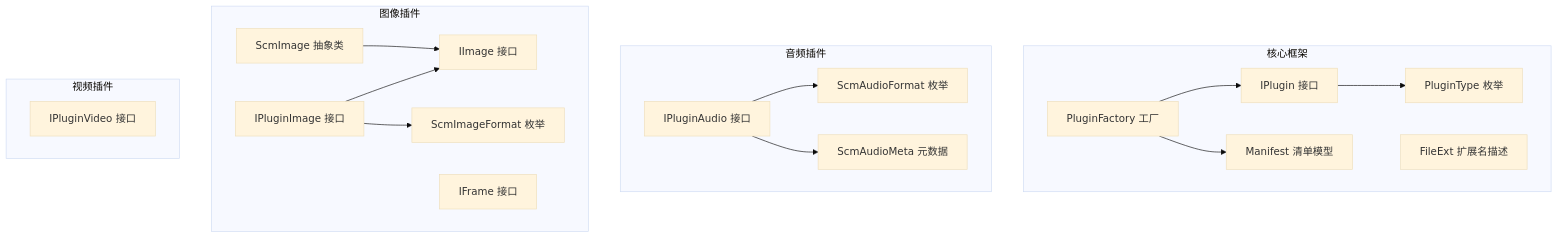
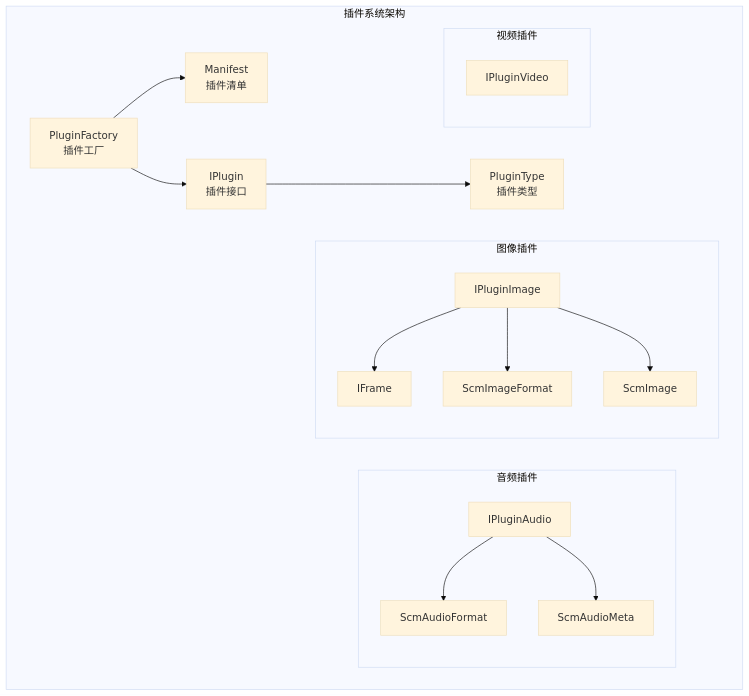
The first of 6 diagrams in .qoder/repowiki/zh/content/插件扩展系统/插件扩展系统.md (leadiot/Scm.Net), drawn with Mermaid (base theme) before and after one commit. The commit also changed other lines of this file and 126 other files, not shown here.

````diff
--- a/.qoder/repowiki/zh/content/插件扩展系统/插件扩展系统.md
+++ b/.qoder/repowiki/zh/content/插件扩展系统/插件扩展系统.md
@@ -41,33 +56,31 @@
 ```mermaid
 graph TB
-subgraph "核心框架"
-IPlugin["IPlugin 接口"]
-PluginType["PluginType 枚举"]
-Manifest["Manifest 清单模型"]
-Factory["PluginFactory 工厂"]
-FileExt["FileExt 扩展名描述"]
-end
+subgraph "插件系统架构"
+Factory["PluginFactory<br/>插件工厂"]
+Manifest["Manifest<br/>插件清单"]
+IPlugin["IPlugin<br/>插件接口"]
+PluginType["PluginType<br/>插件类型"]
 subgraph "音频插件"
-IA["IPluginAudio 接口"]
-AFmt["ScmAudioFormat 枚举"]
-AMeta["ScmAudioMeta 元数据"]
+IAudio["IPluginAudio"]
+AudioFormat["ScmAudioFormat"]
+AudioMeta["ScmAudioMeta"]
 end
 subgraph "图像插件"
-II["IPluginImage 接口"]
-IImg["IImage 接口"]
-IFrm["IFrame 接口"]
-SImg["ScmImage 抽象类"]
-IFmt["ScmImageFormat 枚举"]
+IImage["IPluginImage"]
+IFrame["IFrame"]
+ImageFormat["ScmImageFormat"]
+ScmImage["ScmImage"]
 end
 subgraph "视频插件"
-IV["IPluginVideo 接口"]
+IVideo["IPluginVideo"]
+end
 end
 Factory --> Manifest
 Factory --> IPlugin
 IPlugin --> PluginType
-II --> IImg
-SImg --> IImg
-II --> IFmt
-IA --> AFmt
-IA --> AMeta
+IAudio --> AudioFormat
+IAudio --> AudioMeta
+IImage --> IFrame
+IImage --> ImageFormat
+IImage --> ScmImage
 ```
````
